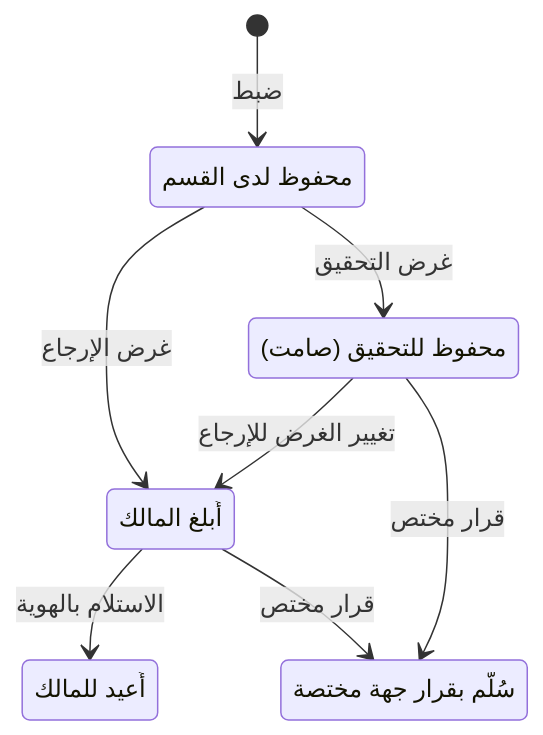
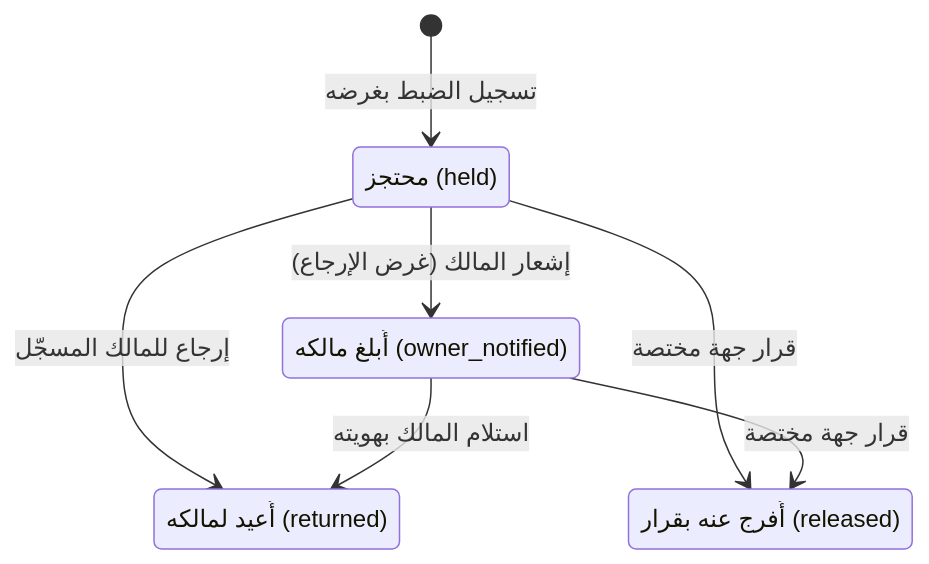
Before and after one commit to servacode/imei: the tenth of 11 diagrams in docs/14-operational-lifecycle.md, drawn with Mermaid. The commit also changed other lines of this file and 15 other files, not shown here.

````diff
--- a/docs/14-operational-lifecycle.md
+++ b/docs/14-operational-lifecycle.md
@@ -343,15 +350,13 @@
 ```mermaid
 stateDiagram-v2
-    state "محفوظ لدى القسم" as Held
-    state "أُبلغ المالك" as Notified
-    state "محفوظ للتحقيق (صامت)" as Evidence
-    state "أُعيد للمالك" as Returned
-    state "سُلّم بقرار جهة مختصة" as Released
-    [*] --> Held: ضبط
-    Held --> Notified: غرض الإرجاع
-    Held --> Evidence: غرض التحقيق
-    Evidence --> Notified: تغيير الغرض للإرجاع
-    Notified --> Returned: الاستلام بالهوية
-    Notified --> Released: قرار مختص
-    Evidence --> Released: قرار مختص
+    state "محتجز (held)" as Held
+    state "أُبلغ مالكه (owner_notified)" as Notified
+    state "أُعيد لمالكه (returned)" as Returned
+    state "أُفرج عنه بقرار (released)" as Released
+    [*] --> Held: تسجيل الضبط بغرضه
+    Held --> Notified: إشعار المالك (غرض الإرجاع)
+    Held --> Returned: إرجاع للمالك المسجّل
+    Notified --> Returned: استلام المالك بهويته
+    Held --> Released: قرار جهة مختصة
+    Notified --> Released: قرار جهة مختصة
 ```
````
